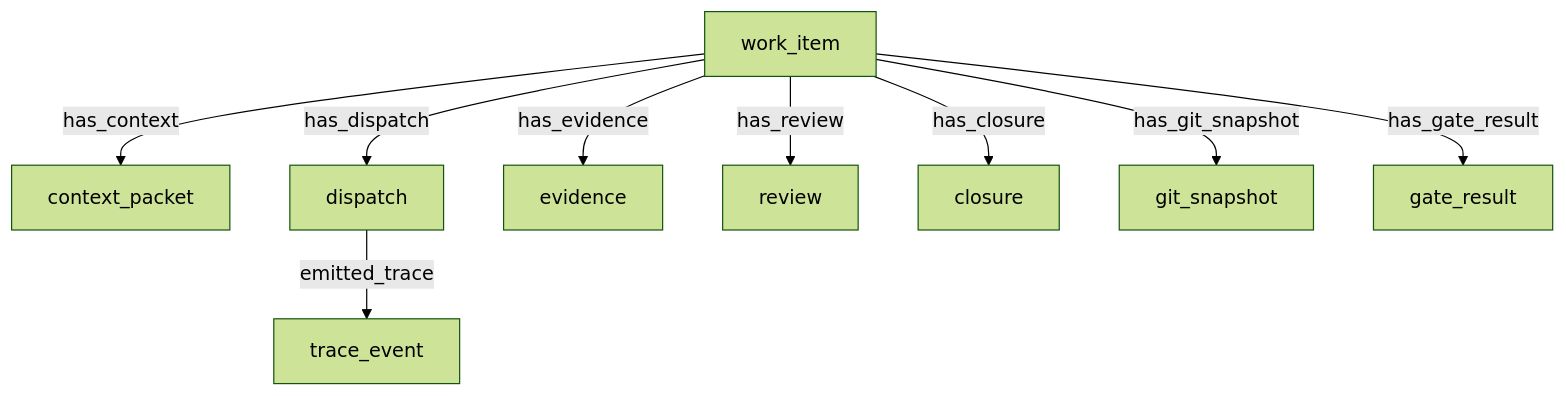
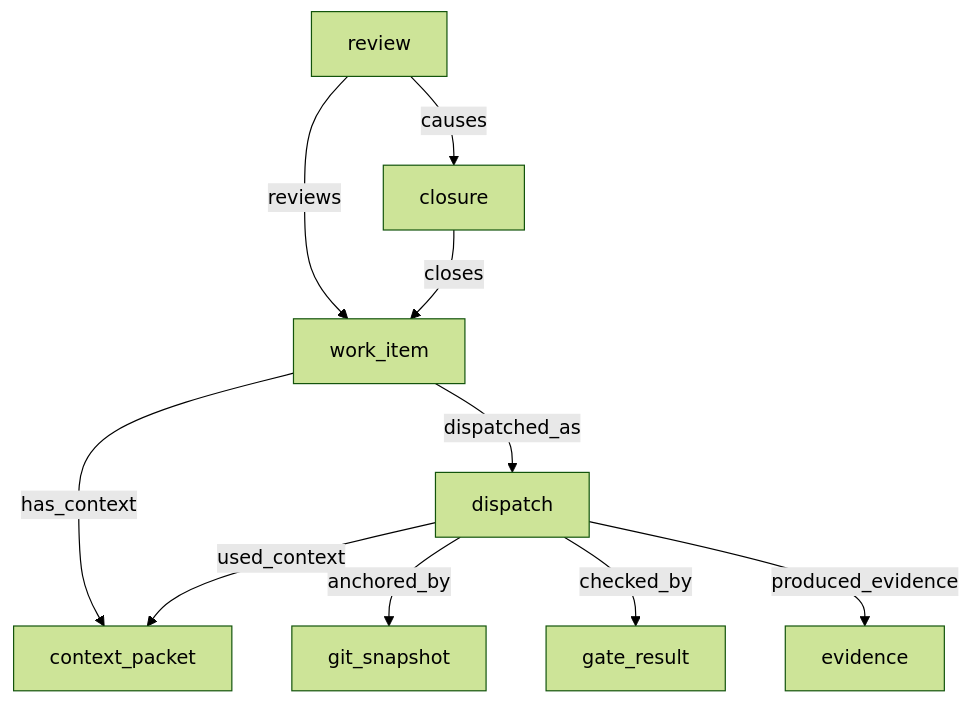
The diagram in docs/concepts/native-orchestration.md (Mikhail-Shakhnazarov/earmark-kernel), drawn with Mermaid (forest theme) before and after one commit. The commit also changed other lines of this file and 7 other files, not shown here.

````diff
--- a/docs/concepts/native-orchestration.md
+++ b/docs/concepts/native-orchestration.md
@@ -33,11 +18,12 @@
 ```mermaid
 graph TD
     WI[work_item] -->|has_context| CP[context_packet]
-    WI -->|has_dispatch| DP[dispatch]
-    WI -->|has_evidence| EV[evidence]
-    WI -->|has_review| RV[review]
-    WI -->|has_closure| CL[closure]
-    WI -->|has_git_snapshot| GS[git_snapshot]
-    WI -->|has_gate_result| GR[gate_result]
-    DP -->|emitted_trace| TE[trace_event]
+    WI -->|dispatched_as| DP[dispatch]
+    DP -->|used_context| CP
+    DP -->|anchored_by| GS[git_snapshot]
+    DP -->|checked_by| GR[gate_result]
+    DP -->|produced_evidence| EV[evidence]
+    RV[review] -->|reviews| WI
+    RV -->|causes| CL[closure]
+    CL -->|closes| WI
 ```
````
